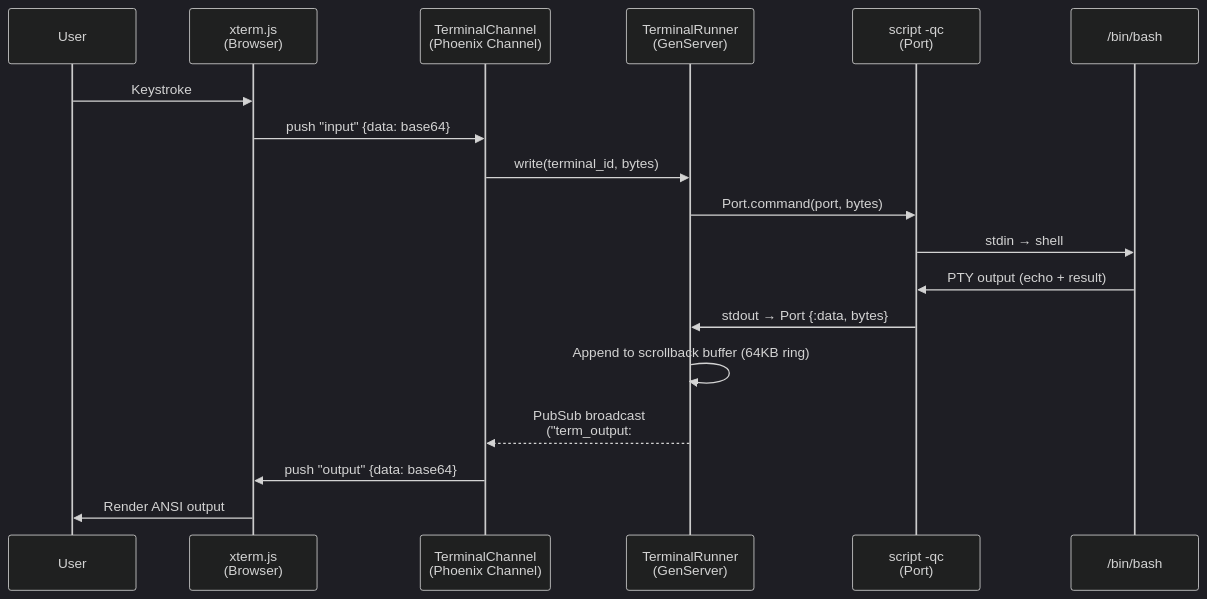
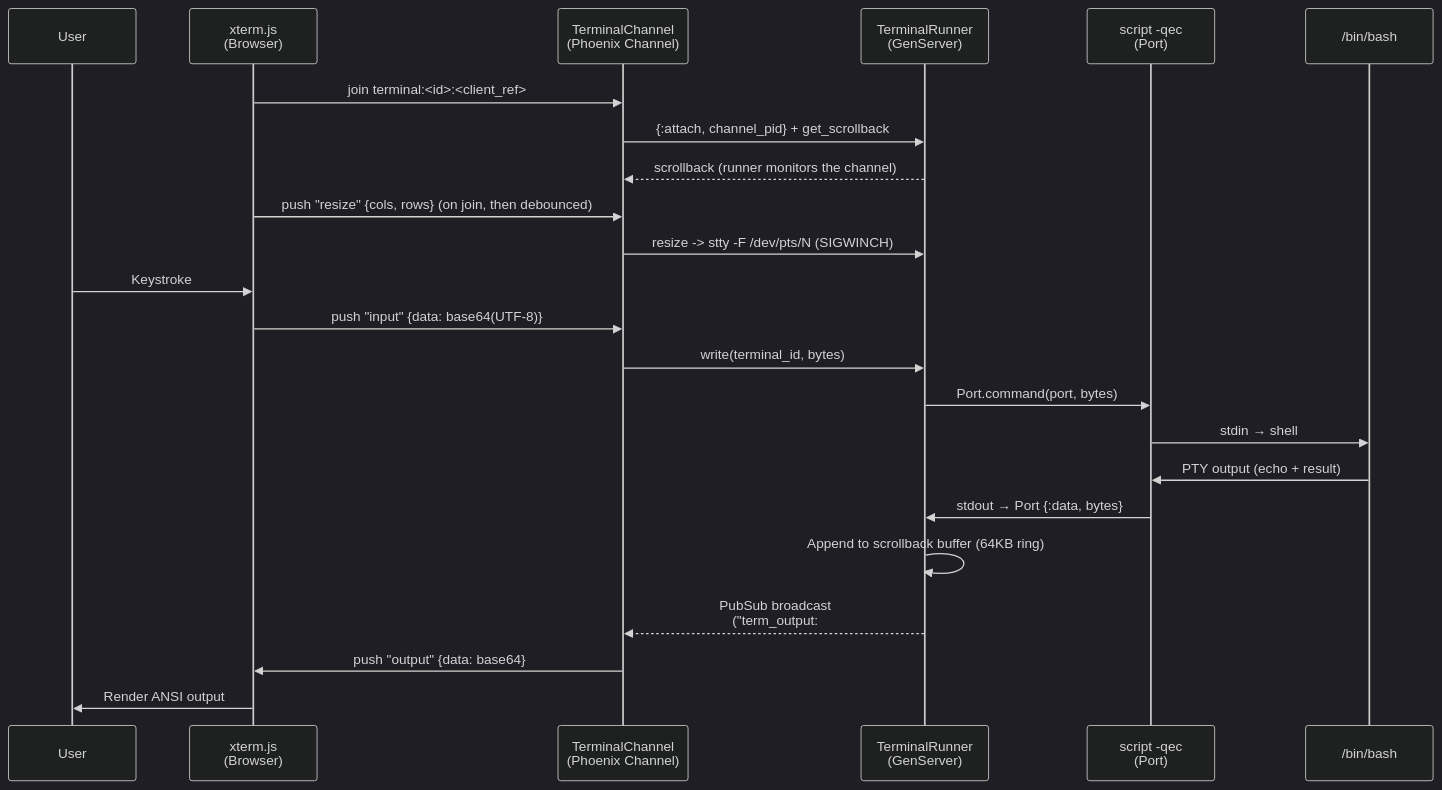
The first of 3 diagrams in .context/terminals.md (zingbretsen/orca_hub), drawn with Mermaid (dark theme) before and after one commit. The commit also changed other lines of this file and 4 other files, not shown here.

First line of the commit message:
docs: terminal lifecycle, teardown, ghost rows, idle teardown, pty size

````diff
--- a/.context/terminals.md
+++ b/.context/terminals.md
@@ -8,22 +8,28 @@
 ```mermaid
 sequenceDiagram
     participant User
     participant xterm as xterm.js<br>(Browser)
     participant Channel as TerminalChannel<br>(Phoenix Channel)
     participant Runner as TerminalRunner<br>(GenServer)
-    participant PTY as script -qc<br>(Port)
+    participant PTY as script -qec<br>(Port)
     participant Shell as /bin/bash
 
+    xterm->>Channel: join terminal:<id>:<client_ref>
+    Channel->>Runner: {:attach, channel_pid} + get_scrollback
+    Runner-->>Channel: scrollback (runner monitors the channel)
+    xterm->>Channel: push "resize" {cols, rows} (on join, then debounced)
+    Channel->>Runner: resize -> stty -F /dev/pts/N (SIGWINCH)
+
     User->>xterm: Keystroke
-    xterm->>Channel: push "input" {data: base64}
+    xterm->>Channel: push "input" {data: base64(UTF-8)}
     Channel->>Runner: write(terminal_id, bytes)
     Runner->>PTY: Port.command(port, bytes)
     PTY->>Shell: stdin → shell
 
     Shell->>PTY: PTY output (echo + result)
     PTY->>Runner: stdout → Port {:data, bytes}
     Runner->>Runner: Append to scrollback buffer (64KB ring)
     Runner-->>Channel: PubSub broadcast<br>("term_output:#{id}")
     Channel->>xterm: push "output" {data: base64}
     xterm->>User: Render ANSI output
 ```
````
